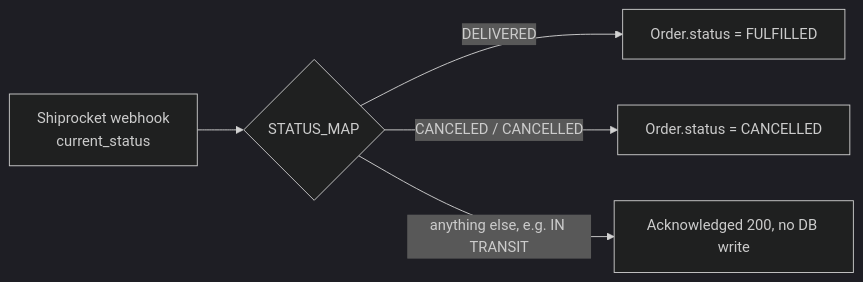
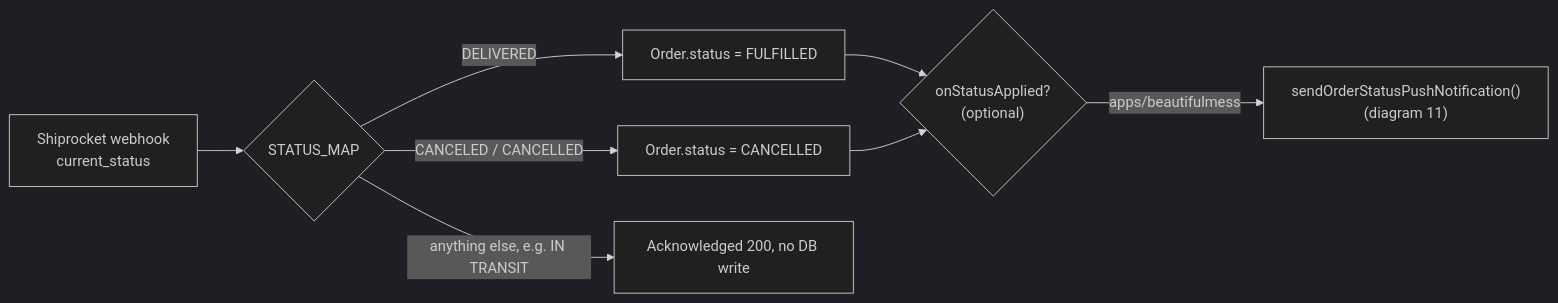
The seventh of 11 diagrams in docs/architecture.md (beautifulforceOrg/beautifulforce), drawn with Mermaid (dark theme) before and after one commit. The commit also changed other lines of this file and 20 other files, not shown here.

````diff
--- a/docs/architecture.md
+++ b/docs/architecture.md
@@ -219,7 +240,10 @@
 ```mermaid
 graph LR
   Webhook["Shiprocket webhook\ncurrent_status"] --> Map{STATUS_MAP}
   Map -->|DELIVERED| Fulfilled["Order.status = FULFILLED"]
   Map -->|CANCELED / CANCELLED| Cancelled["Order.status = CANCELLED"]
   Map -->|anything else, e.g. IN TRANSIT| NoOp["Acknowledged 200, no DB write"]
+  Fulfilled --> Hook{"onStatusApplied?\n(optional)"}
+  Cancelled --> Hook
+  Hook -->|apps/beautifulmess| Push["sendOrderStatusPushNotification()\n(diagram 11)"]
 ```
````
